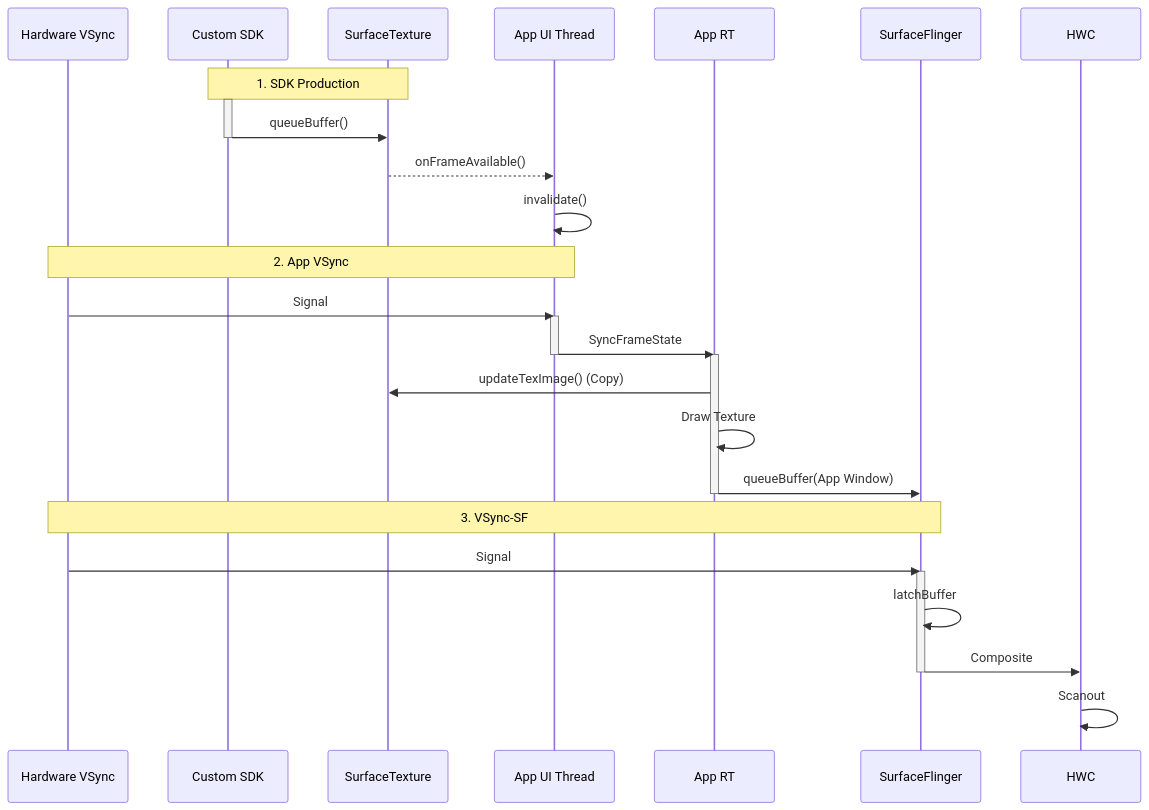
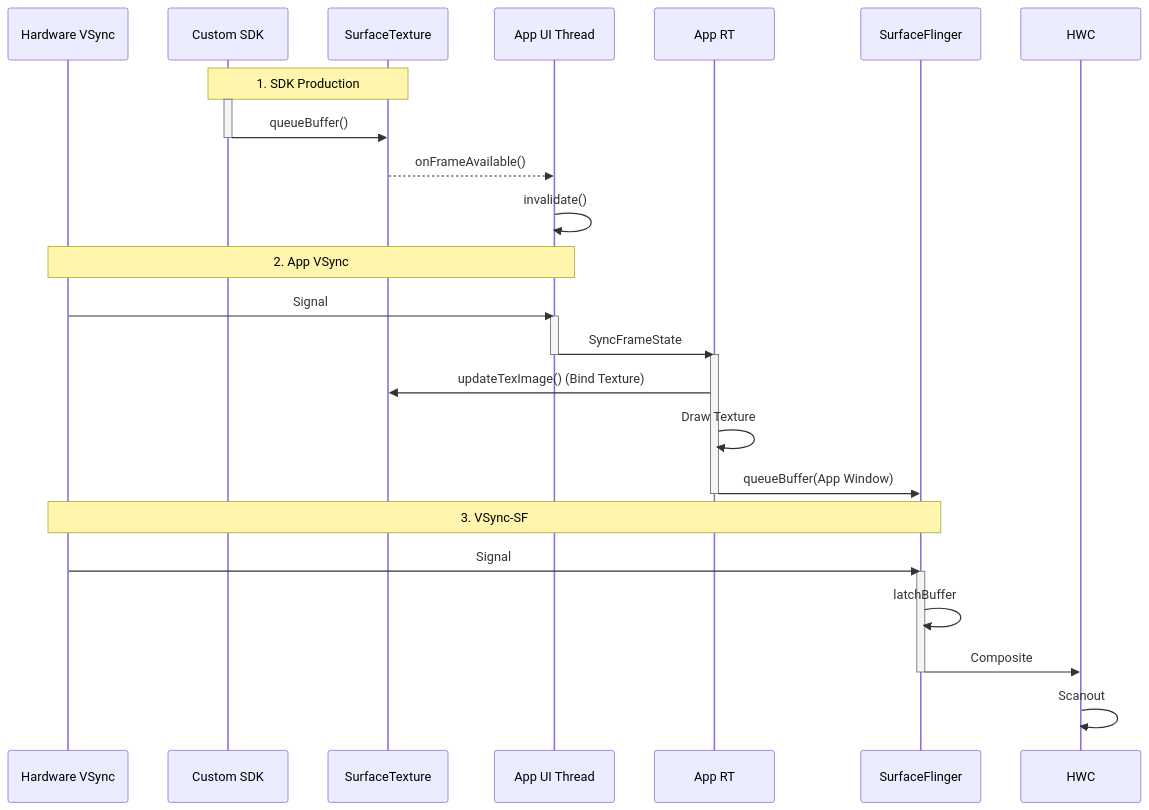
Before and after one commit to Gracker/SmartPerfetto: the diagram in docs/rendering_pipelines/webview_textureview_custom.md, drawn with Mermaid. The commit also changed other lines of this file and 78 other files, not shown here.

````diff
--- a/docs/rendering_pipelines/webview_textureview_custom.md
+++ b/docs/rendering_pipelines/webview_textureview_custom.md
@@ -37,42 +37,42 @@
 ```mermaid
 sequenceDiagram
     participant HW as Hardware VSync
     participant SDK as Custom SDK
     participant ST as SurfaceTexture
     participant Main as App UI Thread
     participant RT as App RT
     participant SF as SurfaceFlinger
     participant HWC as HWC
 
     %% 1. SDK Render
     Note over SDK, ST: 1. SDK Production
     activate SDK
     SDK->>ST: queueBuffer()
     deactivate SDK
     ST-->>Main: onFrameAvailable()
     Main->>Main: invalidate()
 
     %% 2. App Render
     Note over HW, Main: 2. App VSync
     HW->>Main: Signal
     activate Main
     Main->>RT: SyncFrameState
     deactivate Main
     
     activate RT
-    RT->>ST: updateTexImage() (Copy)
+    RT->>ST: updateTexImage() (Bind Texture)
     RT->>RT: Draw Texture
     RT->>SF: queueBuffer(App Window)
     deactivate RT
 
     %% 3. Composition
     Note over HW, SF: 3. VSync-SF
     HW->>SF: Signal
     activate SF
     SF->>SF: latchBuffer
     SF->>HWC: Composite
     deactivate SF
 
     %% 4. Display
     HWC->>HWC: Scanout
 ```
````
